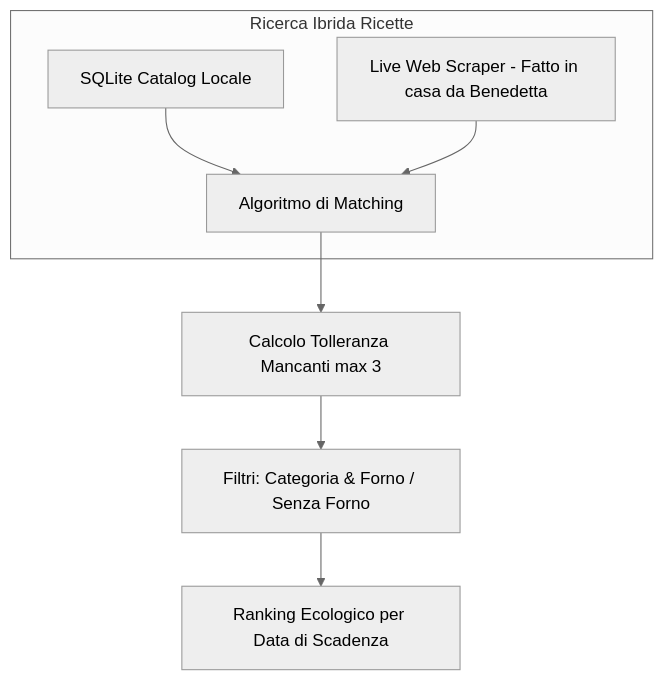
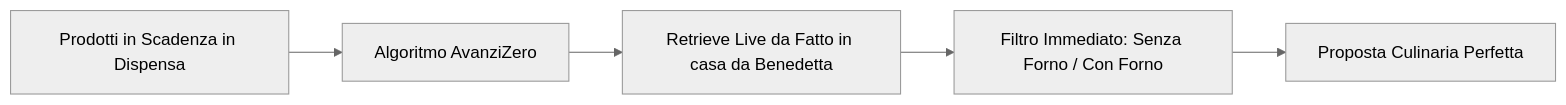
Before and after one commit to YuliaD2609/AvanziZero: the second of 2 diagrams in README.md, drawn with Mermaid (neutral theme). The commit also changed other lines of this file, not shown here.

Commit message:
docs: amplify README.md with exhaustive user-focused presentation of app features, benefits for roommates, and AvanziZero philosophy

````diff
--- a/README.md
+++ b/README.md
@@ -78,10 +84,7 @@
 ```mermaid
-flowchart TD
-    subgraph Engine [Ricerca Ibrida Ricette]
-        A[SQLite Catalog Locale] --> C[Algoritmo di Matching]
-        B[Live Web Scraper - Fatto in casa da Benedetta] --> C
-    end
-    C --> D[Calcolo Tolleranza Mancanti max 3]
-    D --> E[Filtri: Categoria & Forno / Senza Forno]
-    E --> F[Ranking Ecologico per Data di Scadenza]
+flowchart LR
+    A[Prodotti in Scadenza in Dispensa] --> B[Algoritmo AvanziZero]
+    B --> C[Retrieve Live da Fatto in casa da Benedetta]
+    C --> D[Filtro Immediato: Senza Forno / Con Forno]
+    D --> E[Proposta Culinaria Perfetta]
 ```
````
